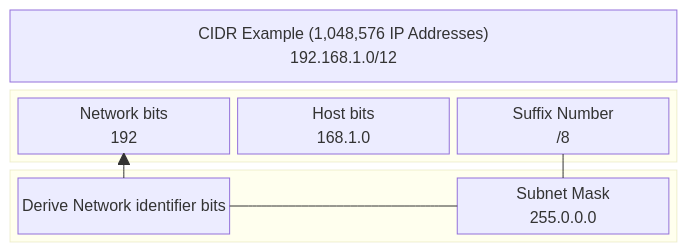
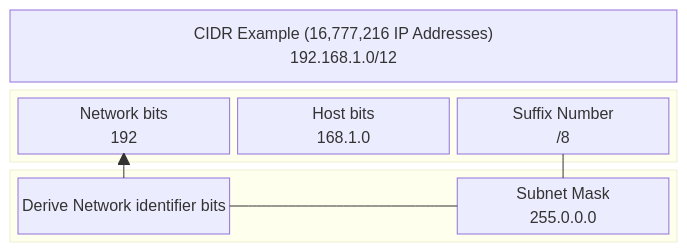
One commit to k1nho/blog changed the second of 2 diagrams in content/posts/2025-10-8-what-is-a-cidr.md. Above: the diagram before and after it, drawn with Mermaid. The commit also changed 1 other file, not shown here.

Commit message:
fix: ammend what-is-cidr-post

````diff
--- a/content/posts/2025-10-8-what-is-a-cidr.md
+++ b/content/posts/2025-10-8-what-is-a-cidr.md
@@ -47,22 +47,22 @@
 ```mermaid
 block
 columns 1
-  cidr["CIDR Example (1,048,576 IP Addresses)<br> 192.168.1.0/12"]
+  cidr["CIDR Example (16,777,216 IP Addresses)<br> 192.168.1.0/12"]
   block:CIDRparts
         network["Network bits<br>192"]
         host["Host bits<br>168.1.0"]
         suffix["Suffix Number<br> /8"]
   end
 
   block:CIDRSubnet
     derive["Derive Network identifier bits"]
     derive:1
     space
     subnet["Subnet Mask <br> 255.0.0.0"]
     subnet:1
   end
   suffix --- subnet
   subnet --- derive
   derive --> network
 
 ```
````
